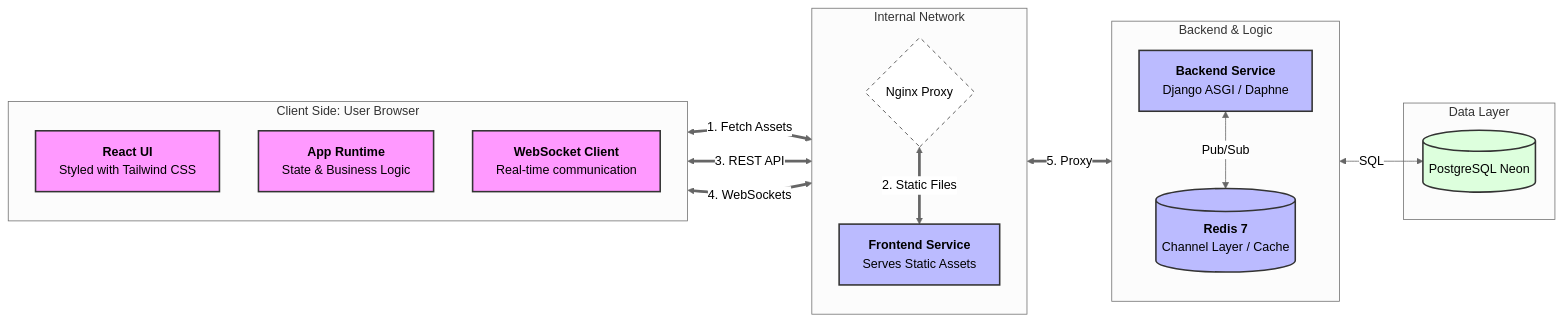
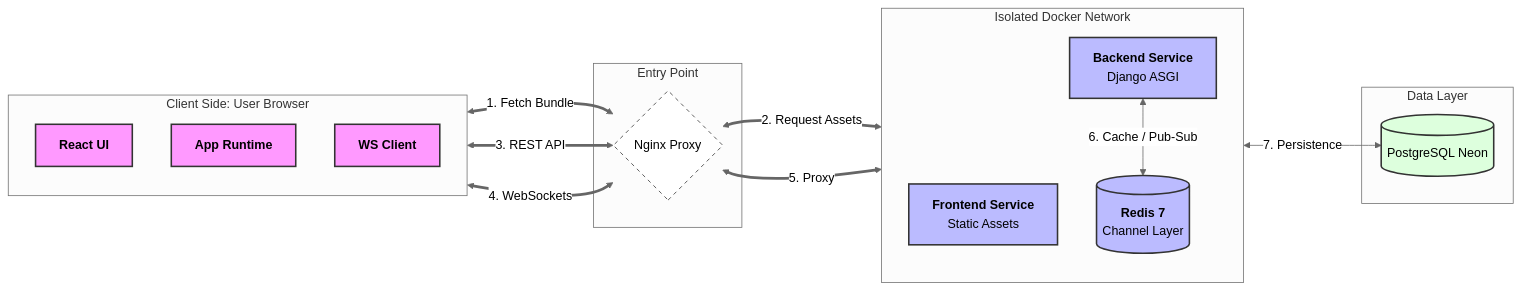
The first of 2 diagrams in README.md (antekgorski/ft_transcendence), drawn with Mermaid (neutral theme) before and after one commit. The commit also changed other lines of this file, not shown here.

Commit message:
Organize infrastructure diagram: Group internal services in isolated network

````diff
--- a/README.md
+++ b/README.md
@@ -70,49 +70,48 @@
 ```mermaid
 flowchart LR
     subgraph Client [Client Side: User Browser]
         direction TB
-        UI[<b>React UI</b><br/>Styled with Tailwind CSS]
-        Logic[<b>App Runtime</b><br/>State & Business Logic]
-        WS_Client[<b>WebSocket Client</b><br/>Real-time communication]
+        UI[<b>React UI</b>]
+        Logic[<b>App Runtime</b>]
+        WS_C[<b>WS Client</b>]
     end
 
-    subgraph ServiceMesh [Internal Network]
-        direction TB
+    subgraph Entry [Entry Point]
         Nginx{Nginx Proxy}
-        FE_Srv[<b>Frontend Service</b><br/>Serves Static Assets]
     end
 
-    subgraph BackendCluster [Backend & Logic]
+    subgraph Internal [Isolated Docker Network]
         direction TB
-        BE[<b>Backend Service</b><br/>Django ASGI / Daphne]
-        RD[(<b>Redis 7</b><br/>Channel Layer / Cache)]
+        FE[<b>Frontend Service</b><br/>Static Assets]
+        BE[<b>Backend Service</b><br/>Django ASGI]
+        RD[(<b>Redis 7</b><br/>Channel Layer)]
     end
 
     subgraph Persistence [Data Layer]
         DB[(PostgreSQL Neon)]
     end
 
-    %% Flow: Loading the App (Left to Center)
-    UI <==>|1. Fetch Assets| Nginx
-    Nginx <==>|2. Static Files| FE_Srv
+    %% Phase 1: Application Loading
+    UI <==>|1. Fetch Bundle| Nginx
+    Nginx <==>|2. Request Assets| FE
 
-    %% Flow: Runtime Communication (Left to Right)
+    %% Phase 2: Runtime API/WS
     Logic <==>|3. REST API| Nginx
-    WS_Client <==>|4. WebSockets| Nginx
+    WS_C <==>|4. WebSockets| Nginx
     Nginx <==>|5. Proxy| BE
 
-    %% Internal Backend Flow
-    BE <-->|Pub/Sub| RD
-    BE <-->|SQL| DB
+    %% Internal Communication
+    BE <-->|6. Cache / Pub-Sub| RD
+    BE <-->|7. Persistence| DB
 
     %% Styling
     classDef browser fill:#f9f,stroke:#333,stroke-width:2px;
     classDef container fill:#bbf,stroke:#333,stroke-width:2px;
     classDef proxy fill:#fff,stroke:#333,stroke-dasharray: 5 5;
     classDef storage fill:#dfd,stroke:#333,stroke-width:2px;
     
-    class UI,Logic,WS_Client browser;
-    class FE_Srv,BE,RD container;
+    class UI,Logic,WS_C browser;
+    class FE,BE,RD container;
     class Nginx proxy;
     class DB storage;
 ```
````
